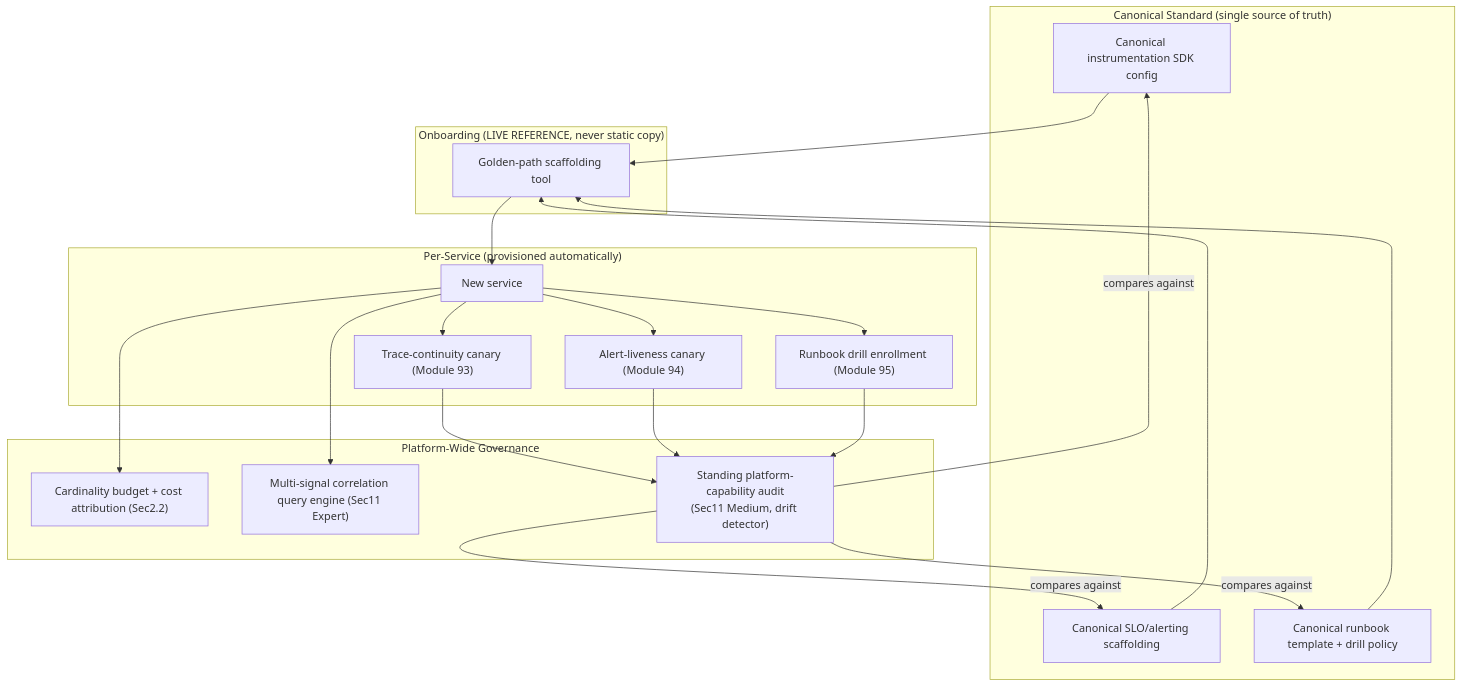
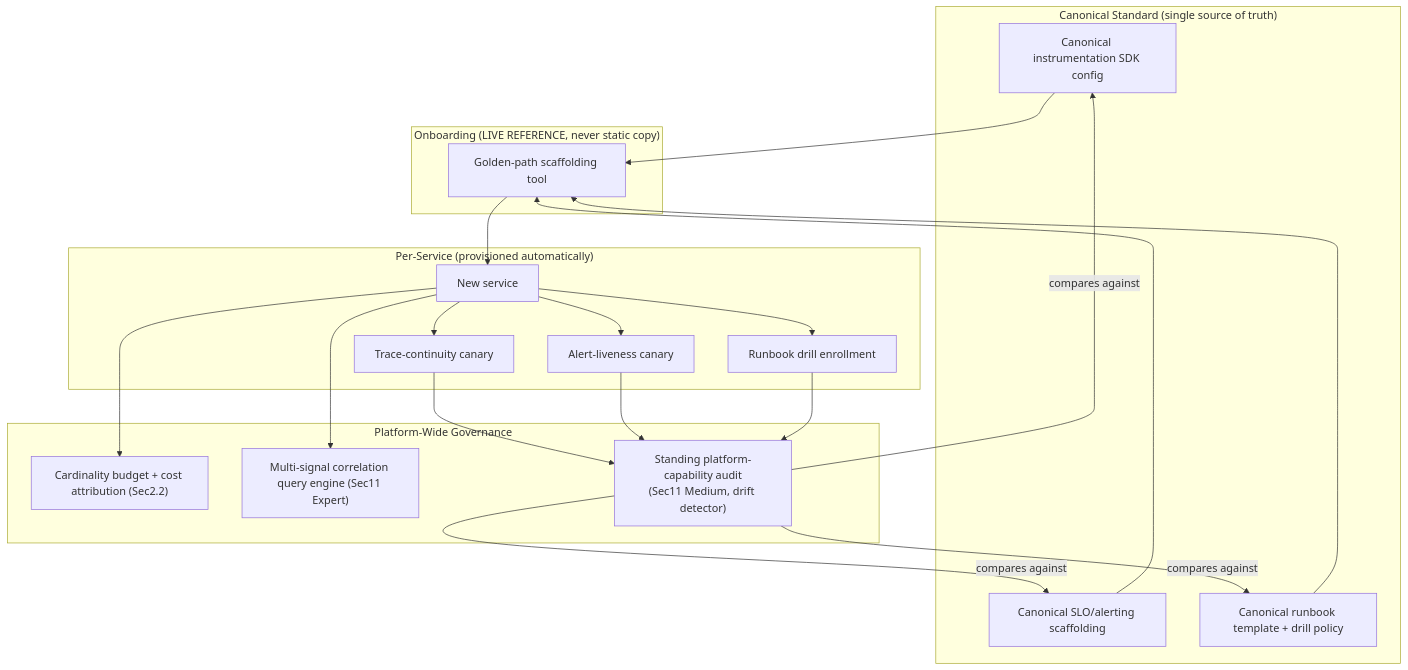
Before and after one commit to umashankarp/InterviewQuestions: the third of 3 diagrams in 27-Observability/04-ObservabilityPlatformArchitecture-Cardinality-Cost-MultiSignalCorrelation.md, drawn with Mermaid. The commit also changed other lines of this file and 173 other files, not shown here.

````diff
--- a/27-Observability/04-ObservabilityPlatformArchitecture-Cardinality-Cost-MultiSignalCorrelation.md
+++ b/27-Observability/04-ObservabilityPlatformArchitecture-Cardinality-Cost-MultiSignalCorrelation.md
@@ -489,38 +489,38 @@
 ```mermaid
 graph TB
-    subgraph "Canonical Standard (single source of truth)"
-        CanonicalSDK["Canonical instrumentation SDK config"]
-        CanonicalSLO["Canonical SLO/alerting scaffolding"]
-        CanonicalRunbook["Canonical runbook template + drill policy"]
-    end
-    subgraph "Onboarding (LIVE REFERENCE, never static copy)"
-        Onboarding["Golden-path scaffolding tool"]
-    end
-    subgraph "Per-Service (provisioned automatically)"
-        Service["New service"]
-        Layer1Canary["Trace-continuity canary (Module 93)"]
-        Layer2Canary["Alert-liveness canary (Module 94)"]
-        Layer3Drill["Runbook drill enrollment (Module 95)"]
-    end
-    subgraph "Platform-Wide Governance"
-        CardinalityGate["Cardinality budget + cost attribution (Sec2.2)"]
-        CorrelationEngine["Multi-signal correlation query engine (Sec11 Expert)"]
-        CapabilityAudit["Standing platform-capability audit<br/>(Sec11 Medium, drift detector)"]
-    end
+ subgraph "Canonical Standard (single source of truth)"
+ CanonicalSDK["Canonical instrumentation SDK config"]
+ CanonicalSLO["Canonical SLO/alerting scaffolding"]
+ CanonicalRunbook["Canonical runbook template + drill policy"]
+ end
+ subgraph "Onboarding (LIVE REFERENCE, never static copy)"
+ Onboarding["Golden-path scaffolding tool"]
+ end
+ subgraph "Per-Service (provisioned automatically)"
+ Service["New service"]
+ Layer1Canary["Trace-continuity canary"]
+ Layer2Canary["Alert-liveness canary"]
+ Layer3Drill["Runbook drill enrollment"]
+ end
+ subgraph "Platform-Wide Governance"
+ CardinalityGate["Cardinality budget + cost attribution (Sec2.2)"]
+ CorrelationEngine["Multi-signal correlation query engine (Sec11 Expert)"]
+ CapabilityAudit["Standing platform-capability audit<br/>(Sec11 Medium, drift detector)"]
+ end
 
-    CanonicalSDK --> Onboarding
-    CanonicalSLO --> Onboarding
-    CanonicalRunbook --> Onboarding
-    Onboarding --> Service
-    Service --> Layer1Canary
-    Service --> Layer2Canary
-    Service --> Layer3Drill
-    Layer1Canary --> CapabilityAudit
-    Layer2Canary --> CapabilityAudit
-    Layer3Drill --> CapabilityAudit
-    CapabilityAudit -->|"compares against"| CanonicalSDK
-    CapabilityAudit -->|"compares against"| CanonicalSLO
-    CapabilityAudit -->|"compares against"| CanonicalRunbook
-    Service --> CardinalityGate
-    Service --> CorrelationEngine
+ CanonicalSDK --> Onboarding
+ CanonicalSLO --> Onboarding
+ CanonicalRunbook --> Onboarding
+ Onboarding --> Service
+ Service --> Layer1Canary
+ Service --> Layer2Canary
+ Service --> Layer3Drill
+ Layer1Canary --> CapabilityAudit
+ Layer2Canary --> CapabilityAudit
+ Layer3Drill --> CapabilityAudit
+ CapabilityAudit -->|"compares against"| CanonicalSDK
+ CapabilityAudit -->|"compares against"| CanonicalSLO
+ CapabilityAudit -->|"compares against"| CanonicalRunbook
+ Service --> CardinalityGate
+ Service --> CorrelationEngine
 ```
````
